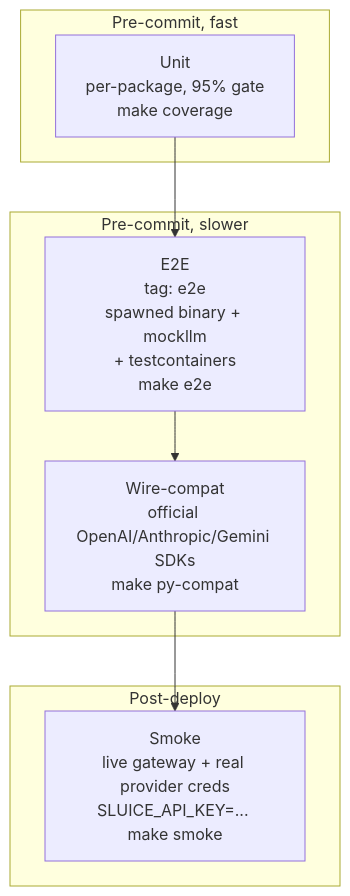
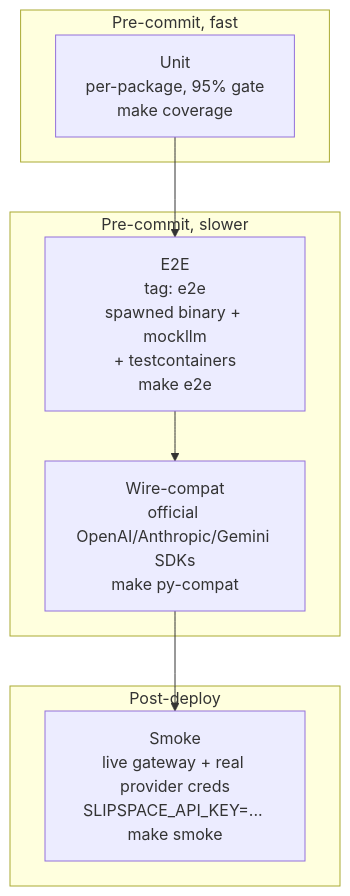
The third of 3 diagrams in docs/local-development.md (andyjmorgan/slipspace-gateway), drawn with Mermaid before and after one commit. The commit also changed other lines of this file and 212 other files, not shown here.

````diff
--- a/docs/local-development.md
+++ b/docs/local-development.md
@@ -297,16 +297,16 @@
 ```mermaid
 flowchart TB
     subgraph fast[Pre-commit, fast]
         Unit[Unit<br/>per-package, 95% gate<br/>make coverage]
     end
     subgraph slow[Pre-commit, slower]
         E2E[E2E<br/>tag: e2e<br/>spawned binary + mockllm<br/>+ testcontainers<br/>make e2e]
         PyCompat[Wire-compat<br/>official OpenAI/Anthropic/Gemini SDKs<br/>make py-compat]
     end
     subgraph post[Post-deploy]
-        Smoke[Smoke<br/>live gateway + real provider creds<br/>SLUICE_API_KEY=... make smoke]
+        Smoke[Smoke<br/>live gateway + real provider creds<br/>SLIPSPACE_API_KEY=... make smoke]
     end
     Unit --> E2E
     E2E --> PyCompat
     PyCompat --> Smoke
 ```
````
